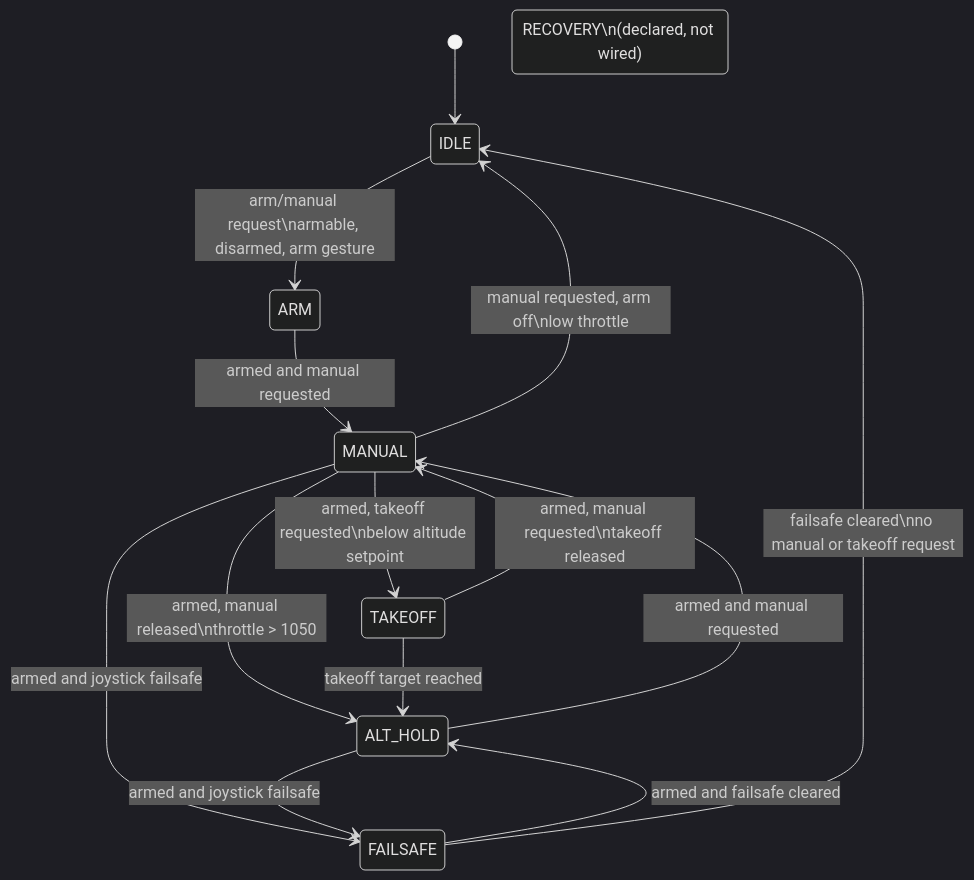
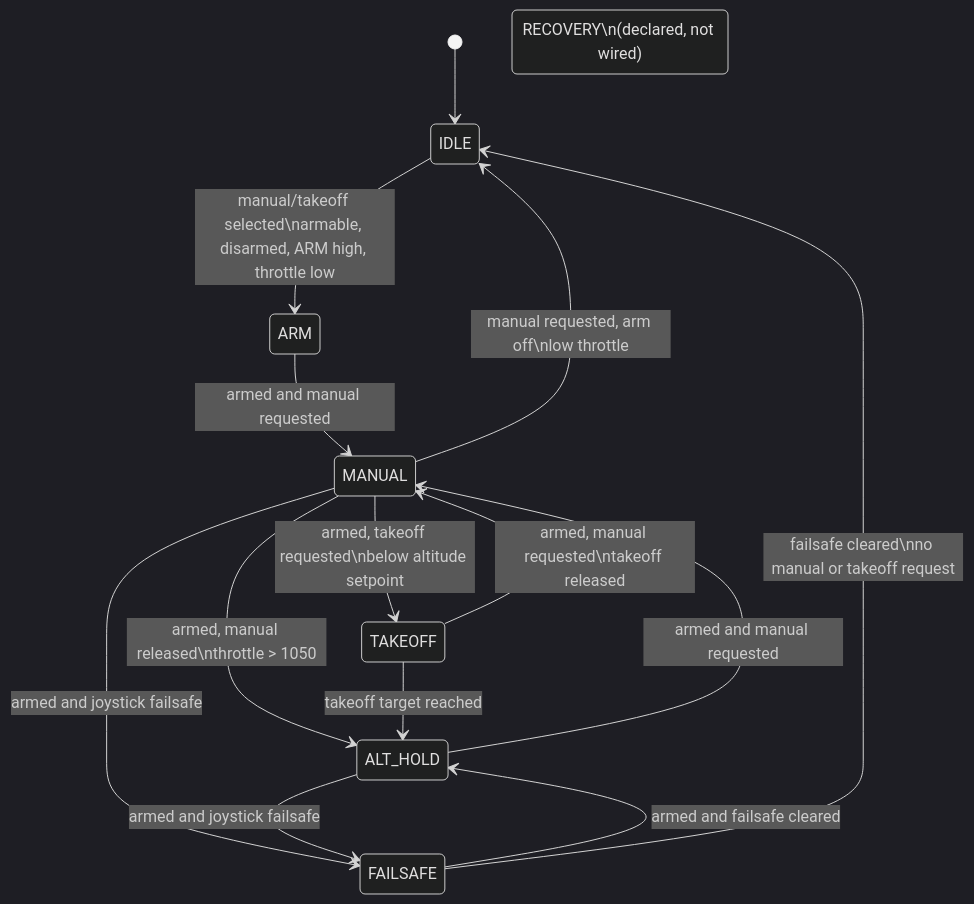
One commit to mayaboker/bt_ws changed the diagram in bt_app/docs/application_state_machine.md. Above: the diagram before and after it, drawn with Mermaid (dark theme). The commit also changed other lines of this file and 14 other files, not shown here.

````diff
--- a/bt_app/docs/application_state_machine.md
+++ b/bt_app/docs/application_state_machine.md
@@ -58,22 +58,22 @@
 ```mermaid
 stateDiagram-v2
     [*] --> IDLE
 
-    IDLE --> ARM: arm/manual request\narmable, disarmed, arm gesture
+    IDLE --> ARM: manual/takeoff selected\narmable, disarmed, ARM high, throttle low
     ARM --> MANUAL: armed and manual requested
 
     MANUAL --> TAKEOFF: armed, takeoff requested\nbelow altitude setpoint
     MANUAL --> FAILSAFE: armed and joystick failsafe
     MANUAL --> IDLE: manual requested, arm off\nlow throttle
     MANUAL --> ALT_HOLD: armed, manual released\nthrottle > 1050
 
     TAKEOFF --> ALT_HOLD: takeoff target reached
     TAKEOFF --> MANUAL: armed, manual requested\ntakeoff released
 
     ALT_HOLD --> FAILSAFE: armed and joystick failsafe
     ALT_HOLD --> MANUAL: armed and manual requested
     FAILSAFE --> ALT_HOLD: armed and failsafe cleared
     FAILSAFE --> IDLE: failsafe cleared\nno manual or takeoff request
 
     state "RECOVERY\n(declared, not wired)" as RECOVERY
 ```
````
